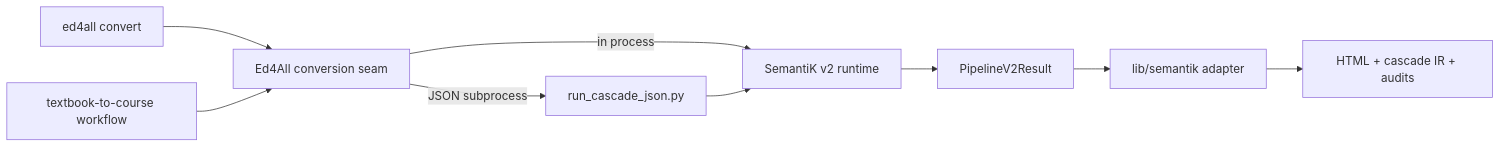
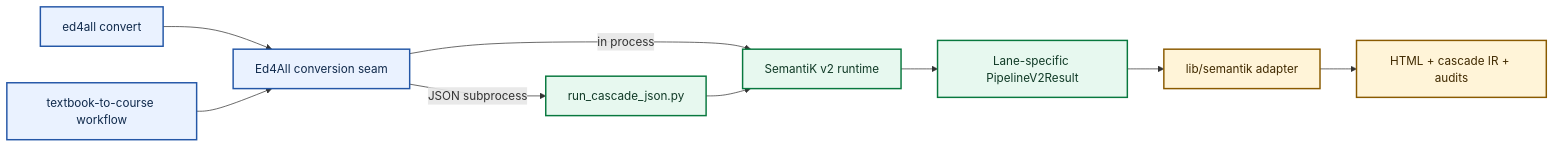
The first of 3 diagrams in SemantiK/architecture.md (mdmurphy822/Ed4All), drawn with Mermaid before and after one commit. The commit also changed other lines of this file and 14 other files, not shown here.

````diff
--- a/SemantiK/architecture.md
+++ b/SemantiK/architecture.md
@@ -32,11 +33,18 @@
 ```mermaid
 flowchart LR
     cli["ed4all convert"] --> seam["Ed4All conversion seam"]
     workflow["textbook-to-course workflow"] --> seam
     seam -->|in process| cascade["SemantiK v2 runtime"]
     seam -->|JSON subprocess| bridge["run_cascade_json.py"]
     bridge --> cascade
-    cascade --> result["PipelineV2Result"]
+    cascade --> result["Lane-specific PipelineV2Result"]
     result --> adapter["lib/semantik adapter"]
     adapter --> artifacts["HTML + cascade IR + audits"]
+
+    classDef entry fill:#EAF2FF,stroke:#2457A7,color:#102A4C,stroke-width:2px;
+    classDef runtime fill:#E7F8EF,stroke:#08783E,color:#103A26,stroke-width:2px;
+    classDef contract fill:#FFF4D8,stroke:#8A5A00,color:#402A00,stroke-width:2px;
+    class cli,workflow,seam entry;
+    class bridge,cascade,result runtime;
+    class adapter,artifacts contract;
 ```
````
